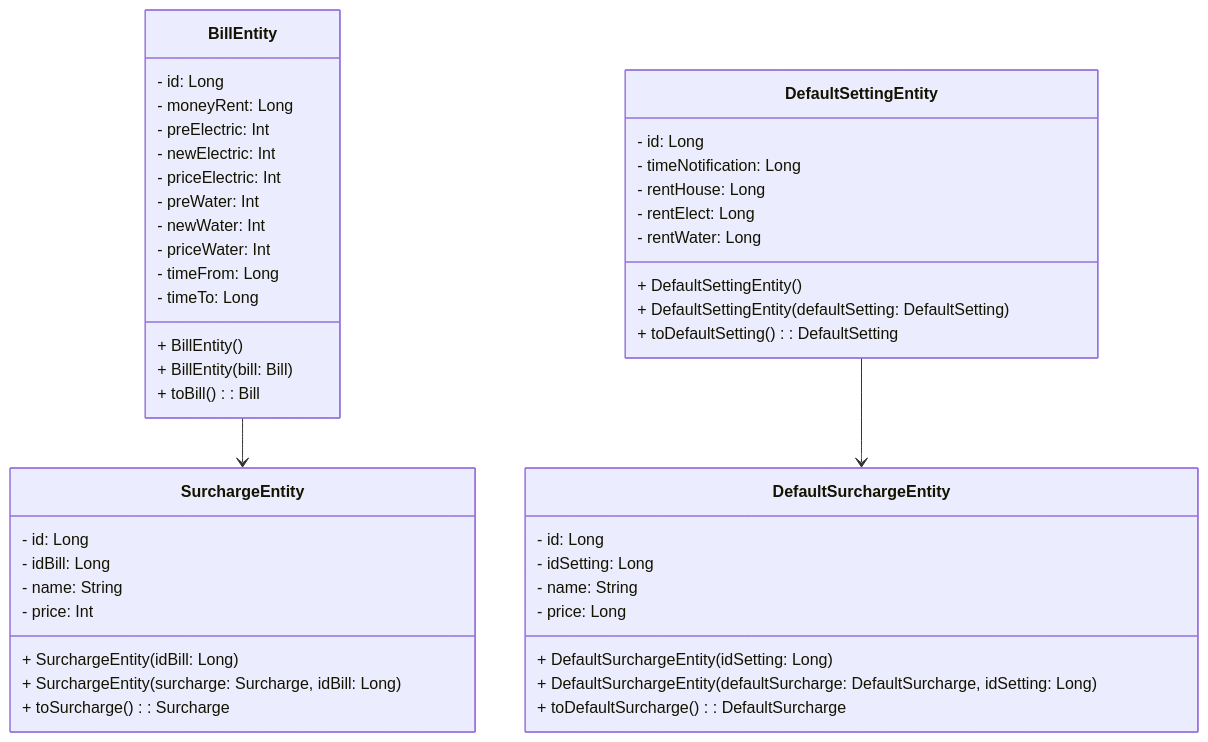
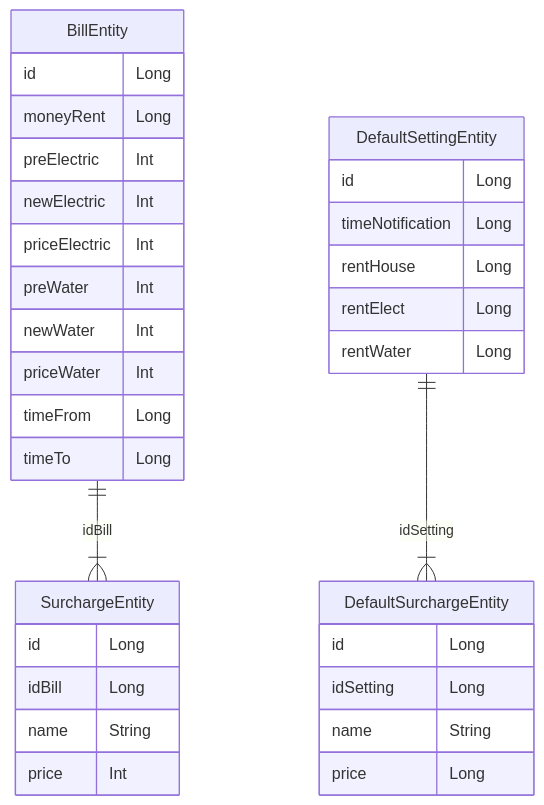
One commit to Katz-Team/CalRent changed the fifth of 7 diagrams in calculateRent/Docs/software_modeling.md. Above: the diagram before and after it, drawn with Mermaid. The commit also changed other lines of this file, not shown here.

Commit message:
Update Data Modeling

````diff
--- a/calculateRent/Docs/software_modeling.md
+++ b/calculateRent/Docs/software_modeling.md
@@ -104,49 +85,38 @@
 ```mermaid
-classDiagram
-  class BillEntity {
-    - id: Long
-    - moneyRent: Long
-    - preElectric: Int
-    - newElectric: Int
-    - priceElectric: Int
-    - preWater: Int
-    - newWater: Int
-    - priceWater: Int
-    - timeFrom: Long
-    - timeTo: Long
-    + BillEntity()
-    + BillEntity(bill: Bill)
-    + toBill(): Bill
-  }
-  class DefaultSettingEntity {
-    - id: Long
-    - timeNotification: Long
-    - rentHouse: Long
-    - rentElect: Long
-    - rentWater: Long
-    + DefaultSettingEntity()
-    + DefaultSettingEntity(defaultSetting: DefaultSetting)
-    + toDefaultSetting(): DefaultSetting
-  }
-  class DefaultSurchargeEntity {
-    - id: Long
-    - idSetting: Long
-    - name: String
-    - price: Long
-    + DefaultSurchargeEntity(idSetting: Long)
-    + DefaultSurchargeEntity(defaultSurcharge: DefaultSurcharge, idSetting: Long)
-    + toDefaultSurcharge(): DefaultSurcharge
-  }
-  class SurchargeEntity {
-    - id: Long
-    - idBill: Long
-    - name: String
-    - price: Int
-    + SurchargeEntity(idBill: Long)
-    + SurchargeEntity(surcharge: Surcharge, idBill: Long)
-    + toSurcharge(): Surcharge
-  }
+erDiagram
+    BillEntity {
+    id Long
+    moneyRent Long
+    preElectric Int
+    newElectric Int
+    priceElectric Int
+    preWater Int
+    newWater Int
+    priceWater Int
+    timeFrom Long
+    timeTo Long
+}
+    DefaultSettingEntity {
+    id Long
+    timeNotification Long
+    rentHouse Long
+    rentElect Long
+    rentWater Long
+}
+    DefaultSurchargeEntity {
+    id Long
+    idSetting Long
+    name String
+    price Long
+}
+    SurchargeEntity {
+    id Long
+    idBill Long
+    name String
+    price Int
+}
 
-BillEntity --> SurchargeEntity
-DefaultSettingEntity --> DefaultSurchargeEntity
+BillEntity ||--|{ SurchargeEntity: idBill
+DefaultSettingEntity ||--|{ DefaultSurchargeEntity: idSetting
+
 ```
````
